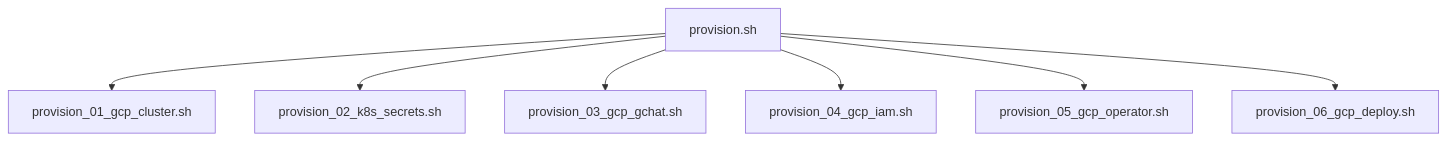
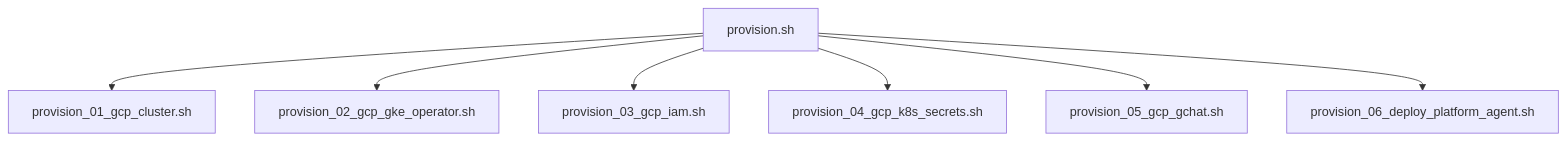
The first of 2 diagrams in k8s-operator/README.md (gke-labs/kube-agents), drawn with Mermaid before and after one commit. The commit also changed other lines of this file and 20 other files, not shown here.

````diff
--- a/k8s-operator/README.md
+++ b/k8s-operator/README.md
@@ -47,9 +47,9 @@
 ```mermaid
 graph TD
     A[provision.sh] --> B[provision_01_gcp_cluster.sh]
-    A --> C[provision_02_k8s_secrets.sh]
-    A --> D[provision_03_gcp_gchat.sh]
-    A --> E[provision_04_gcp_iam.sh]
-    A --> F[provision_05_gcp_operator.sh]
-    A --> G[provision_06_gcp_deploy.sh]
+    A --> C[provision_02_gcp_gke_operator.sh]
+    A --> D[provision_03_gcp_iam.sh]
+    A --> E[provision_04_gcp_k8s_secrets.sh]
+    A --> F[provision_05_gcp_gchat.sh]
+    A --> G[provision_06_deploy_platform_agent.sh]
 ```
````
